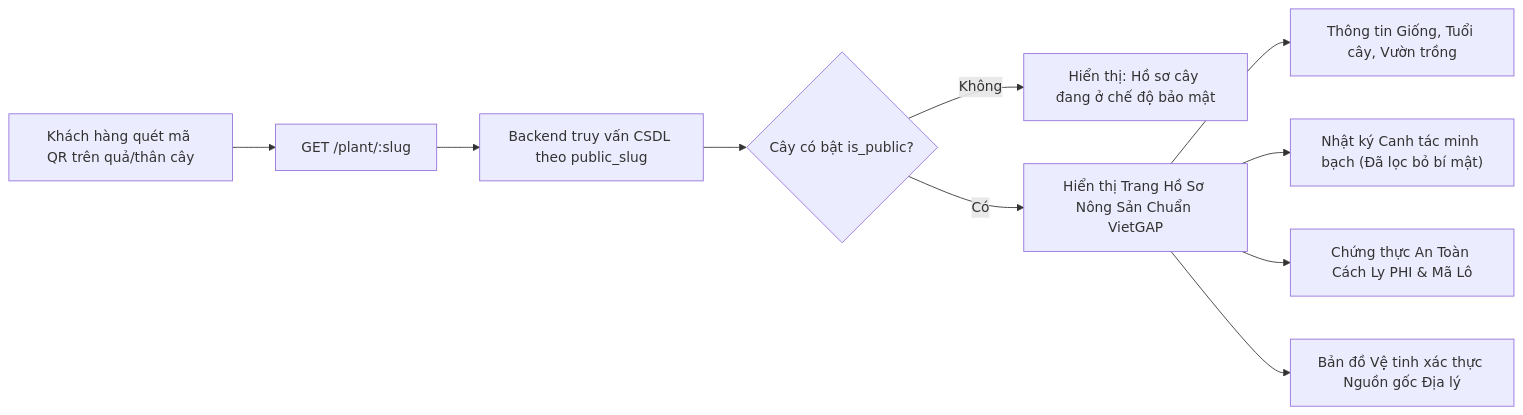
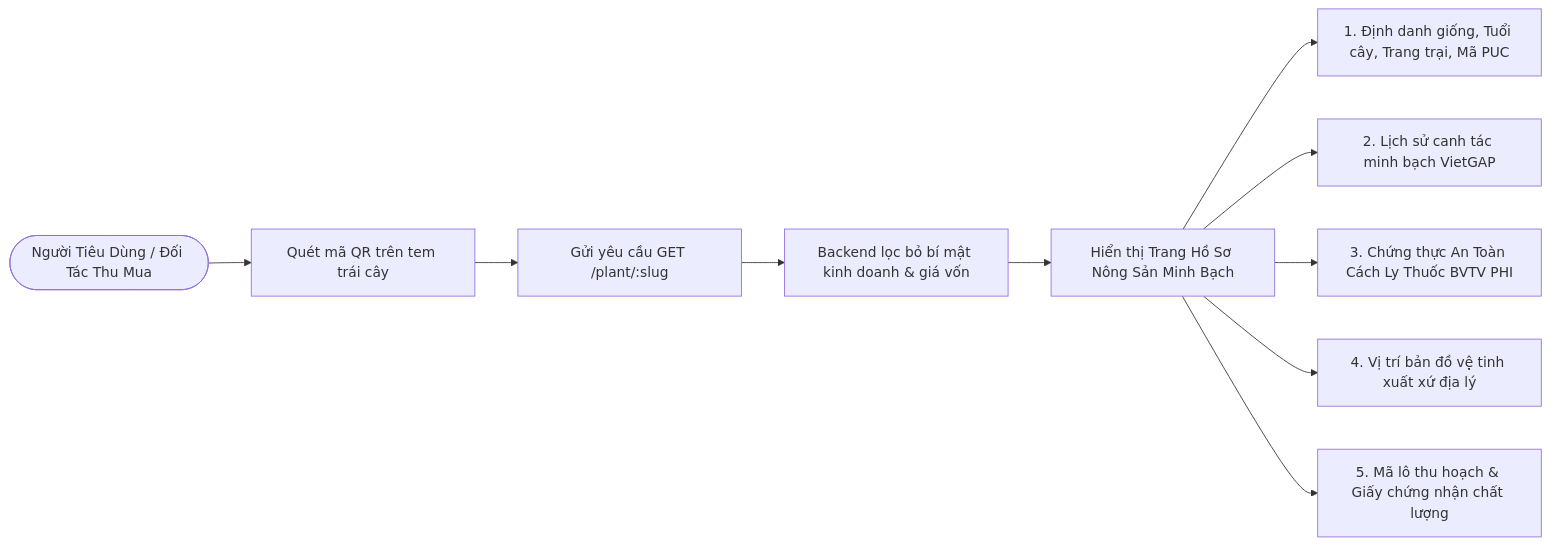
The tenth of 16 diagrams in README.md (Phuc0901-pp/plant-book), drawn with Mermaid before and after one commit. The commit also changed other lines of this file, not shown here.

Commit message:
docs(readme): comprehensive system architecture, mindmaps, SOP flowcharts, ERD, API specs and QA/QC audit report

````diff
--- a/README.md
+++ b/README.md
@@ -281,14 +445,13 @@
 ```mermaid
 flowchart LR
-    QR["Khách hàng quét mã QR trên quả/thân cây"] --> URL["GET /plant/:slug"]
-    URL --> Query["Backend truy vấn CSDL theo public_slug"]
-    Query --> CheckPub{"Cây có bật is_public?"}
+    Consumer([Người Tiêu Dùng / Đối Tác Thu Mua]) --> Scan[Quét mã QR trên tem trái cây]
+    Scan --> Request[Gửi yêu cầu GET /plant/:slug]
+    Request --> CleanData[Backend lọc bỏ bí mật kinh doanh & giá vốn]
+    CleanData --> Response[Hiển thị Trang Hồ Sơ Nông Sản Minh Bạch]
     
-    CheckPub -->|"Không"| Deny["Hiển thị: Hồ sơ cây đang ở chế độ bảo mật"]
-    CheckPub -->|"Có"| Render["Hiển thị Trang Hồ Sơ Nông Sản Chuẩn VietGAP"]
-    
-    Render --> D1["Thông tin Giống, Tuổi cây, Vườn trồng"]
-    Render --> D2["Nhật ký Canh tác minh bạch (Đã lọc bỏ bí mật)"]
-    Render --> D3["Chứng thực An Toàn Cách Ly PHI & Mã Lô"]
-    Render --> D4["Bản đồ Vệ tinh xác thực Nguồn gốc Địa lý"]
+    Response --> Card1[1. Định danh giống, Tuổi cây, Trang trại, Mã PUC]
+    Response --> Card2[2. Lịch sử canh tác minh bạch VietGAP]
+    Response --> Card3[3. Chứng thực An Toàn Cách Ly Thuốc BVTV PHI]
+    Response --> Card4[4. Vị trí bản đồ vệ tinh xuất xứ địa lý]
+    Response --> Card5[5. Mã lô thu hoạch & Giấy chứng nhận chất lượng]
 ```
````
